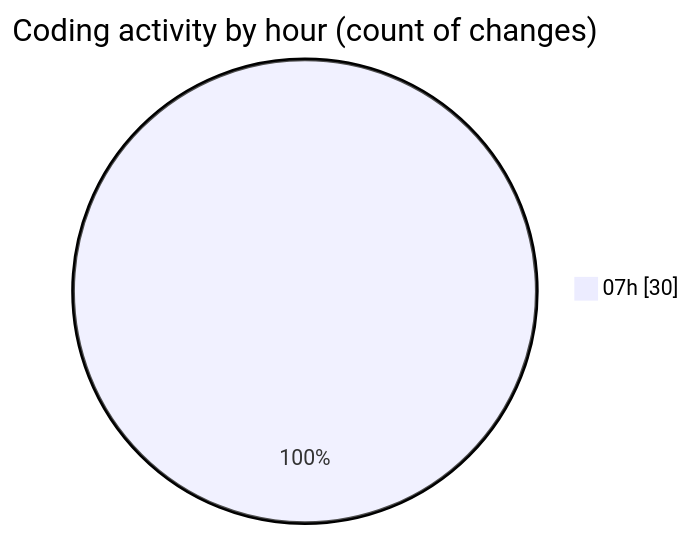
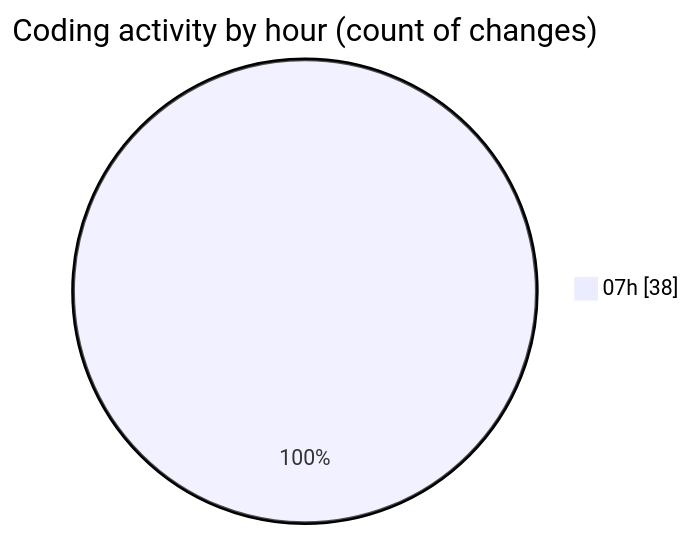
Before and after one commit to robertbonfada/code-tracking: the second of 2 diagrams in 2025-01-17/mbc-web/README.md, drawn with Mermaid. The commit also changed other lines of this file and 1 other file, not shown here.

````diff
--- a/2025-01-17/mbc-web/README.md
+++ b/2025-01-17/mbc-web/README.md
@@ -41,5 +41,5 @@
 ```mermaid
 pie showData
 title Coding activity by hour (count of changes)
-"07h" : 30
+"07h" : 38
 ```
````
